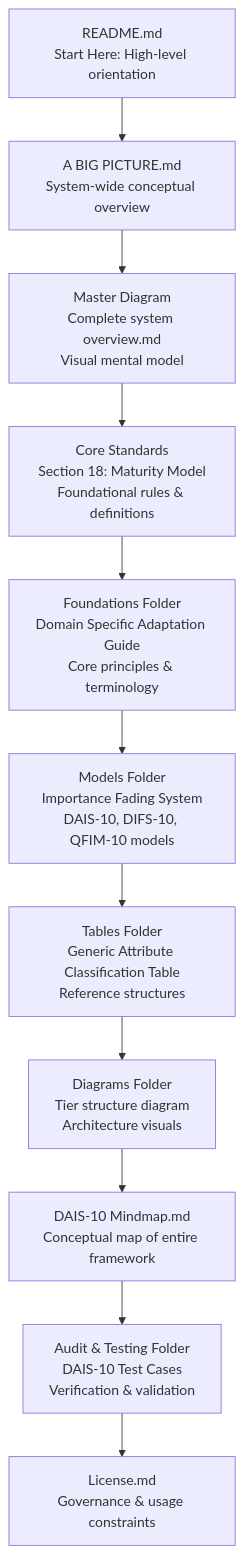
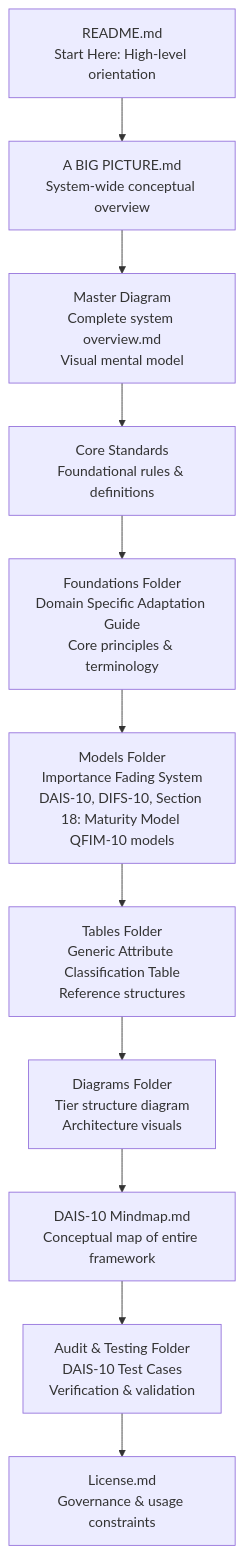
One commit to usman19zafar/DAIS-10-Continuum changed the diagram in README.md. Above: the diagram before and after it, drawn with Mermaid.

````diff
--- a/README.md
+++ b/README.md
@@ -7,25 +7,25 @@
 ```mermaid
 flowchart TD
 
     A[README.md<br/>Start Here: High-level orientation] --> B
 
     B[A BIG PICTURE.md<br/>System-wide conceptual overview] --> C
 
     C[Master Diagram<br/>Complete system overview.md<br/>Visual mental model] --> D
 
-    D[Core Standards<br/>Section 18: Maturity Model<br/>Foundational rules & definitions] --> E
+    D[Core Standards<br/br/>Foundational rules & definitions] --> E
 
     E[Foundations Folder<br/>Domain Specific Adaptation Guide<br/>Core principles & terminology] --> F
 
-    F[Models Folder<br/>Importance Fading System<br/>DAIS‑10, DIFS‑10, QFIM‑10 models] --> G
+    F[Models Folder<br/>Importance Fading System<br/>DAIS‑10, DIFS‑10, Section 18: Maturity Model QFIM‑10 models] --> G
 
     G[Tables Folder<br/>Generic Attribute Classification Table<br/>Reference structures] --> H
 
     H[Diagrams Folder<br/>Tier structure diagram<br/>Architecture visuals] --> I
 
     I[DAIS‑10 Mindmap.md<br/>Conceptual map of entire framework] --> J
 
     J[Audit & Testing Folder<br/>DAIS‑10 Test Cases<br/>Verification & validation] --> K
 
     K[License.md<br/>Governance & usage constraints]
 ```
````
